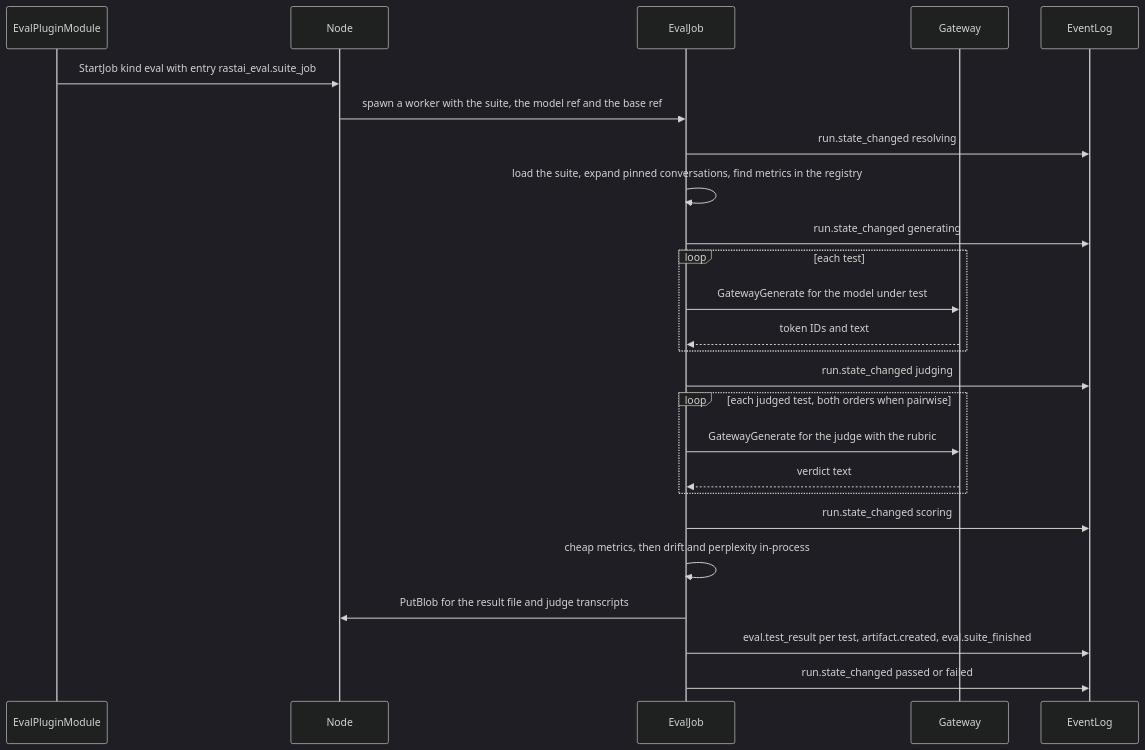
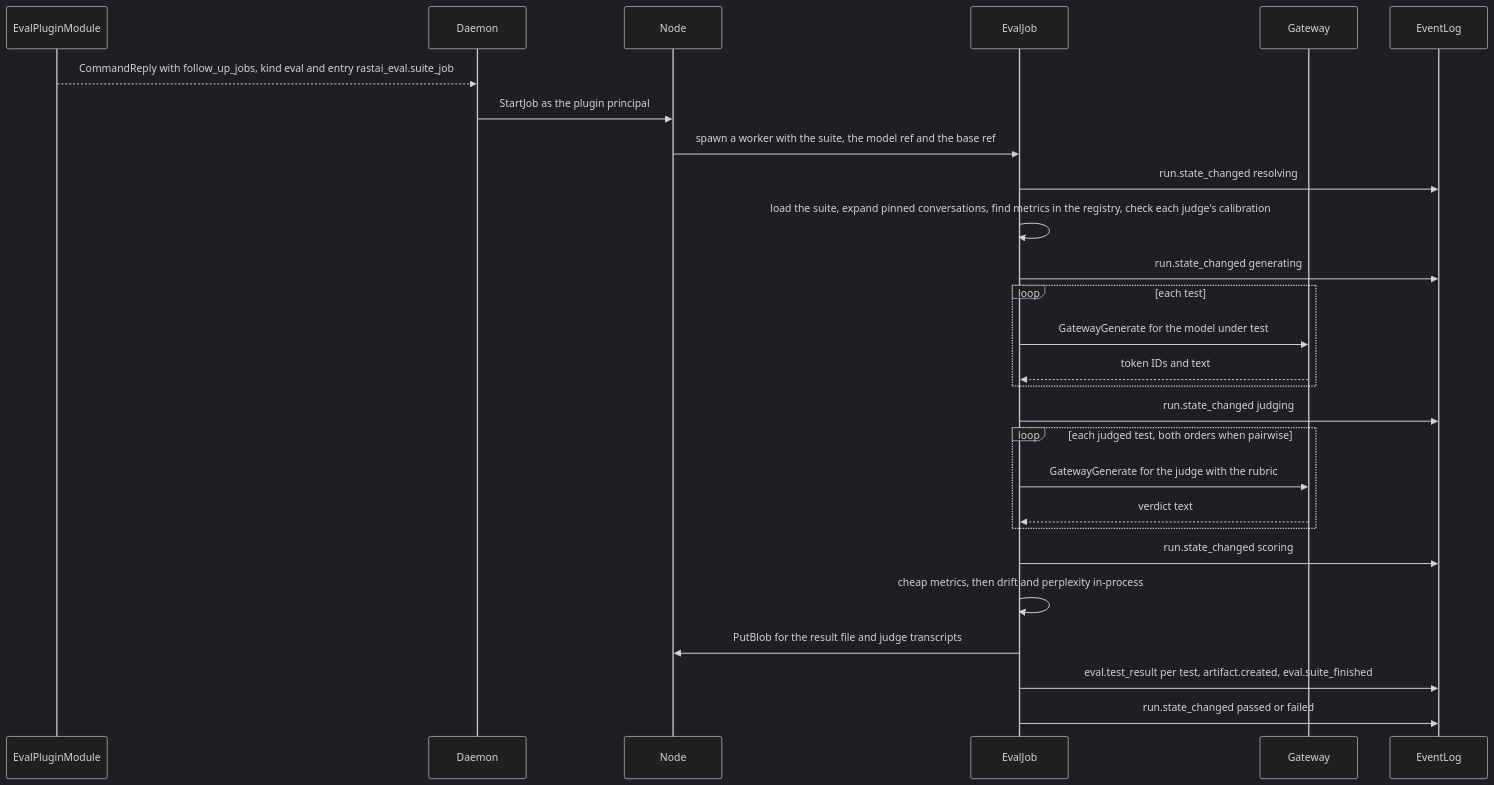
Before and after one commit to Snubiss/RASTAI-Research-Studio: the seventh of 7 diagrams in docs/architecture/layout/python.md, drawn with Mermaid (dark theme). The commit also changed other lines of this file and 44 other files, not shown here.

````diff
--- a/docs/architecture/layout/python.md
+++ b/docs/architecture/layout/python.md
@@ -1687,27 +1843,29 @@
 ```mermaid
 sequenceDiagram
   participant P as EvalPluginModule
+  participant D as Daemon
   participant H as Node
   participant E as EvalJob
   participant G as Gateway
   participant L as EventLog
-  P->>H: StartJob kind eval with entry rastai_eval.suite_job
+  P-->>D: CommandReply with follow_up_jobs, kind eval and entry rastai_eval.suite_job
+  D->>H: StartJob as the plugin principal
   H->>E: spawn a worker with the suite, the model ref and the base ref
   E->>L: run.state_changed resolving
-  E->>E: load the suite, expand pinned conversations, find metrics in the registry
+  E->>E: load the suite, expand pinned conversations, find metrics in the registry, check each judge's calibration
   E->>L: run.state_changed generating
   loop each test
     E->>G: GatewayGenerate for the model under test
     G-->>E: token IDs and text
   end
   E->>L: run.state_changed judging
   loop each judged test, both orders when pairwise
     E->>G: GatewayGenerate for the judge with the rubric
     G-->>E: verdict text
   end
   E->>L: run.state_changed scoring
   E->>E: cheap metrics, then drift and perplexity in-process
   E->>H: PutBlob for the result file and judge transcripts
   E->>L: eval.test_result per test, artifact.created, eval.suite_finished
   E->>L: run.state_changed passed or failed
 ```
````
